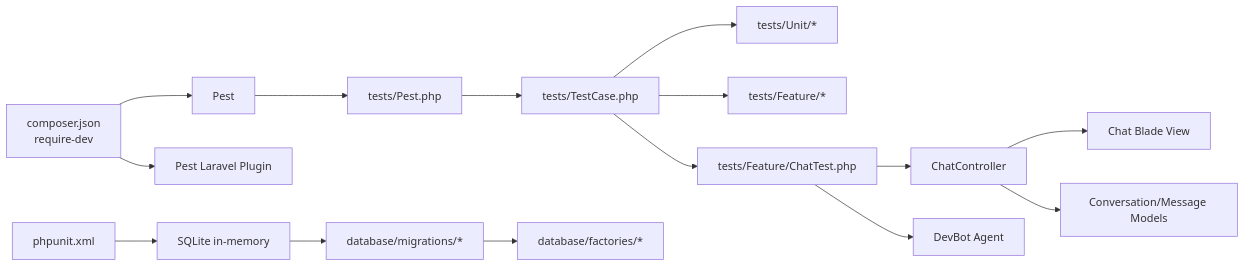
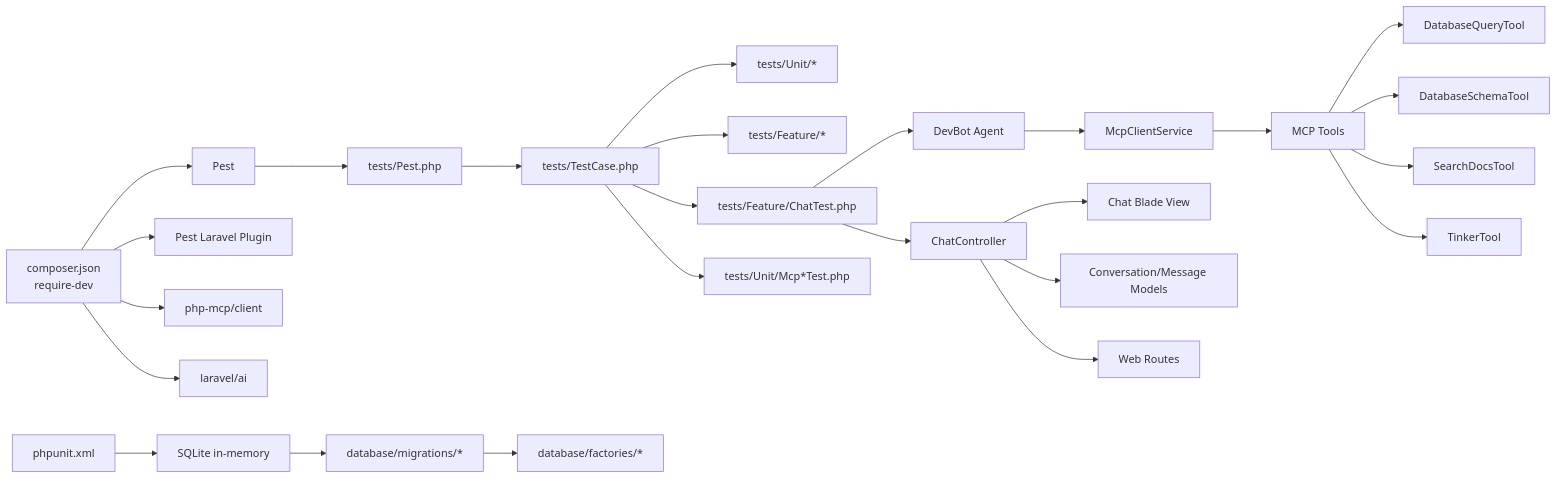
Before and after one commit to siimliimand/laravel-assistant: the seventh of 7 diagrams in .qoder/repowiki/en/content/Testing Infrastructure/Testing Infrastructure.md, drawn with Mermaid. The commit also changed other lines of this file and 7 other files, not shown here.

First line of the commit message:
feat(mcp-client): integrate MCP protocol client service for DevBot AI agent tools

````diff
--- a/.qoder/repowiki/en/content/Testing Infrastructure/Testing Infrastructure.md
+++ b/.qoder/repowiki/en/content/Testing Infrastructure/Testing Infrastructure.md
@@ -380,17 +692,27 @@
 ```mermaid
 graph LR
 Composer["composer.json<br/>require-dev"] --> PestDep["Pest"]
 Composer --> PestLaravelPlugin["Pest Laravel Plugin"]
+Composer --> McpLib["php-mcp/client"]
+Composer --> LaravelAI["laravel/ai"]
 PestDep --> PestBootstrap["tests/Pest.php"]
 PestBootstrap --> BaseTC["tests/TestCase.php"]
 BaseTC --> UnitTests["tests/Unit/*"]
 BaseTC --> FeatureTests["tests/Feature/*"]
 BaseTC --> ChatTests["tests/Feature/ChatTest.php"]
+BaseTC --> McpTests["tests/Unit/Mcp*Test.php"]
 PHPUnitXML["phpunit.xml"] --> DBConfig["SQLite in-memory"]
 DBConfig --> Migrations["database/migrations/*"]
 Migrations --> Factories["database/factories/*"]
 ChatTests --> Controller["ChatController"]
 ChatTests --> DevBot["DevBot Agent"]
+DevBot --> McpClient["McpClientService"]
+McpClient --> McpTools["MCP Tools"]
+McpTools --> DatabaseQuery["DatabaseQueryTool"]
+McpTools --> DatabaseSchema["DatabaseSchemaTool"]
+McpTools --> SearchDocs["SearchDocsTool"]
+McpTools --> Tinker["TinkerTool"]
 Controller --> Views["Chat Blade View"]
 Controller --> Models["Conversation/Message Models"]
+Controller --> Routes["Web Routes"]
 ```
````
